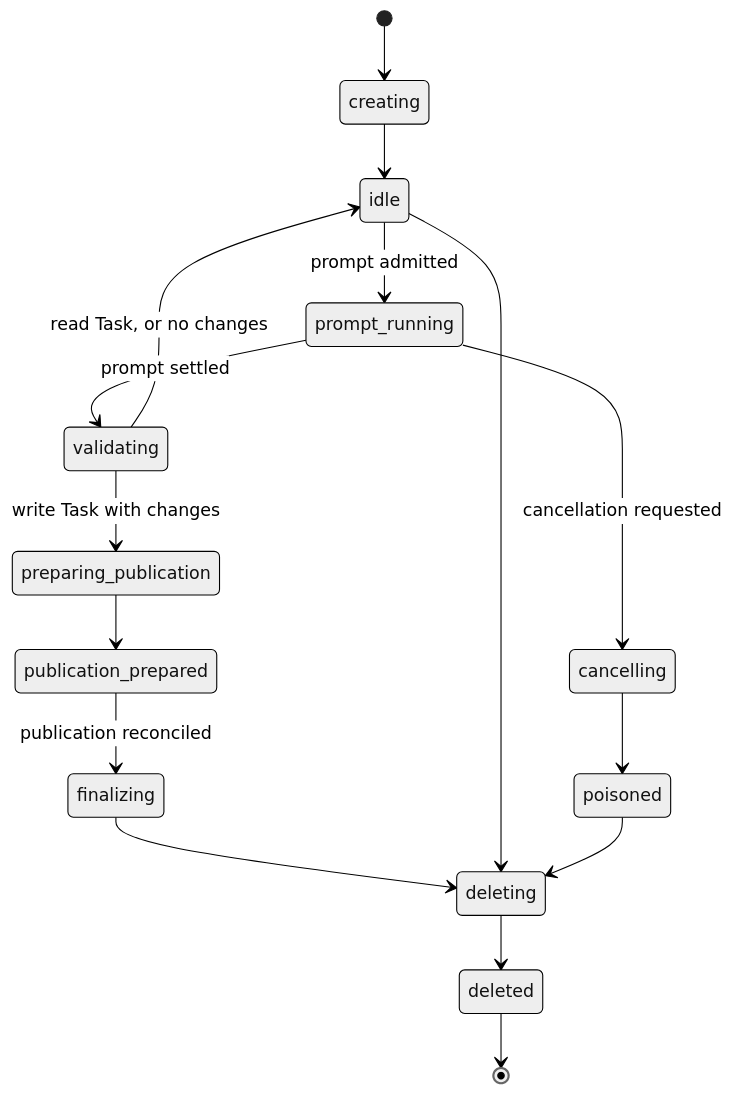
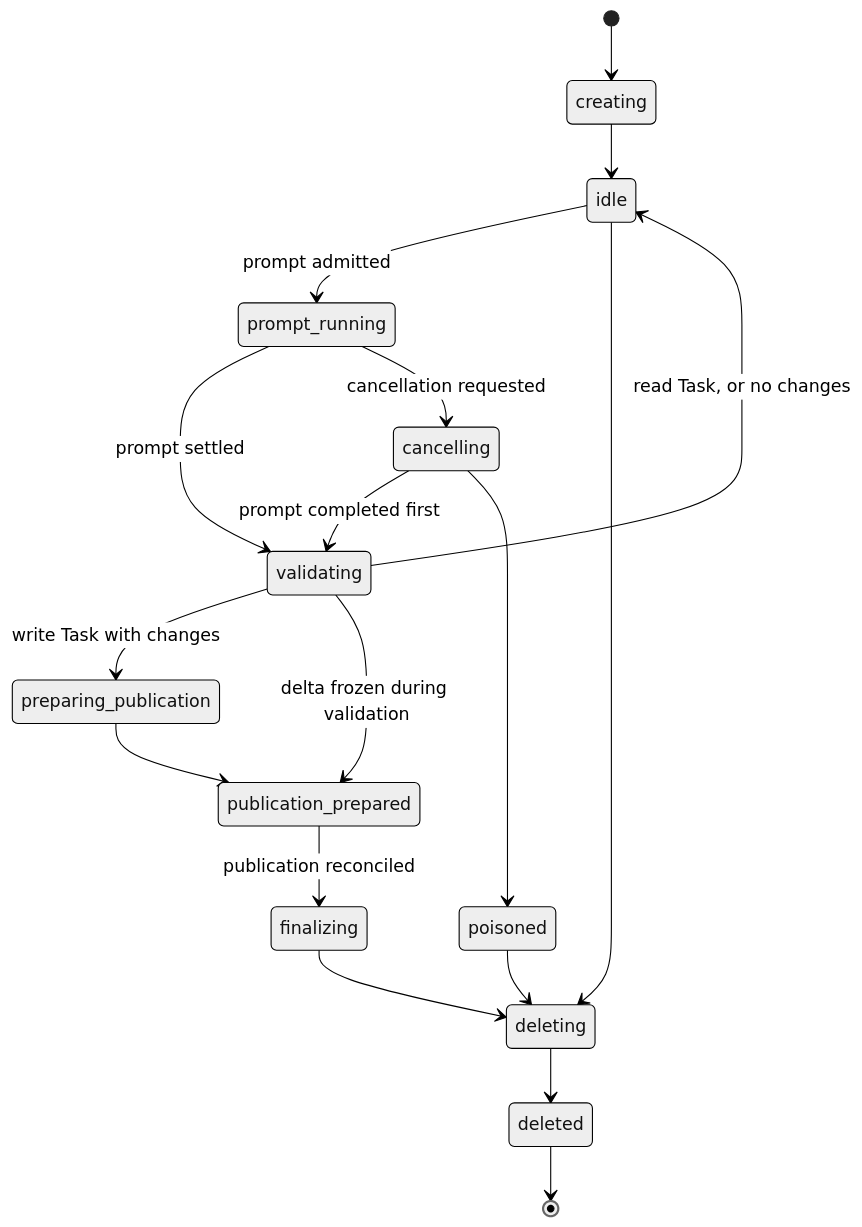
The second of 3 diagrams in website/docs/concepts/agent-runtimes.md (orka-agents/orka), drawn with Mermaid (neutral theme) before and after one commit. The commit also changed 7 other files, not shown here.

````diff
--- a/website/docs/concepts/agent-runtimes.md
+++ b/website/docs/concepts/agent-runtimes.md
@@ -135,21 +135,23 @@
 ```mermaid
 stateDiagram-v2
     [*] --> creating
     creating --> idle
     idle --> prompt_running: prompt admitted
     prompt_running --> validating: prompt settled
     validating --> idle: read Task, or no changes
     validating --> preparing_publication: write Task with changes
+    validating --> publication_prepared: delta frozen during validation
 
     preparing_publication --> publication_prepared
     publication_prepared --> finalizing: publication reconciled
     finalizing --> deleting
 
     idle --> deleting
     deleting --> deleted
     deleted --> [*]
 
     prompt_running --> cancelling: cancellation requested
+    cancelling --> validating: prompt completed first
     cancelling --> poisoned
     poisoned --> deleting
 ```
````
